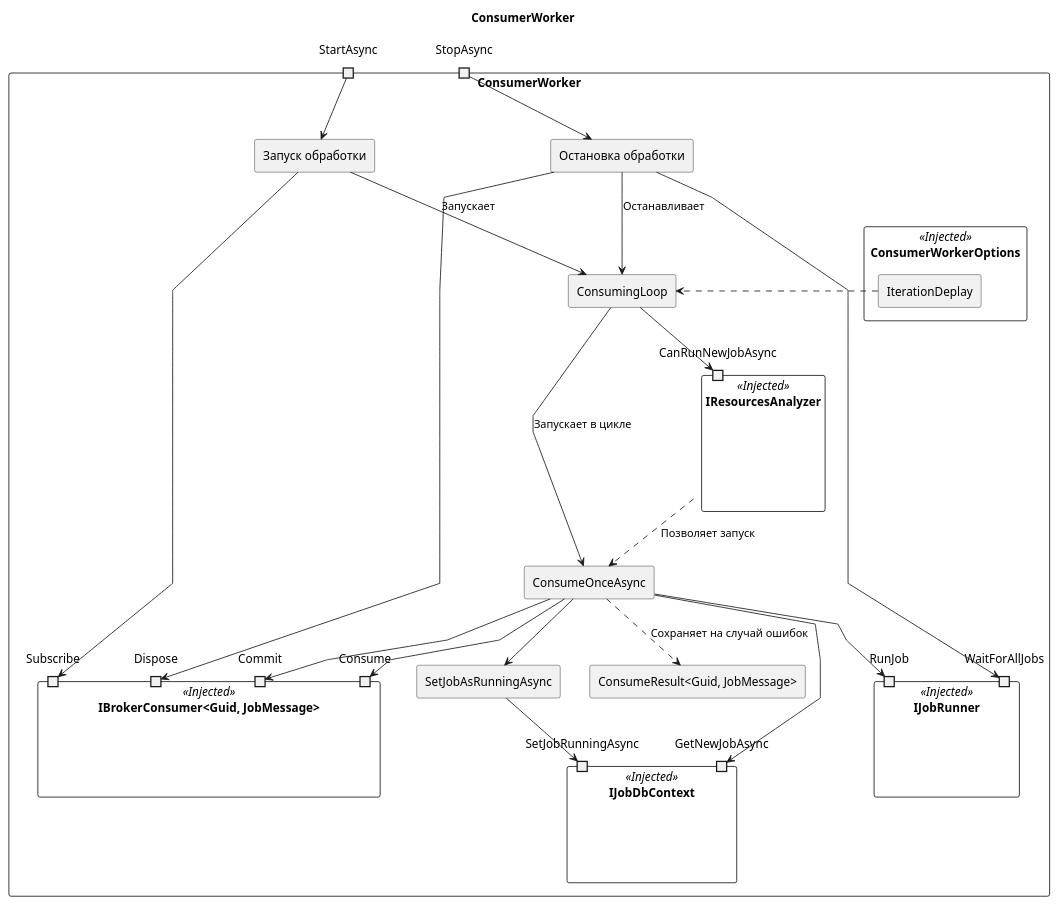
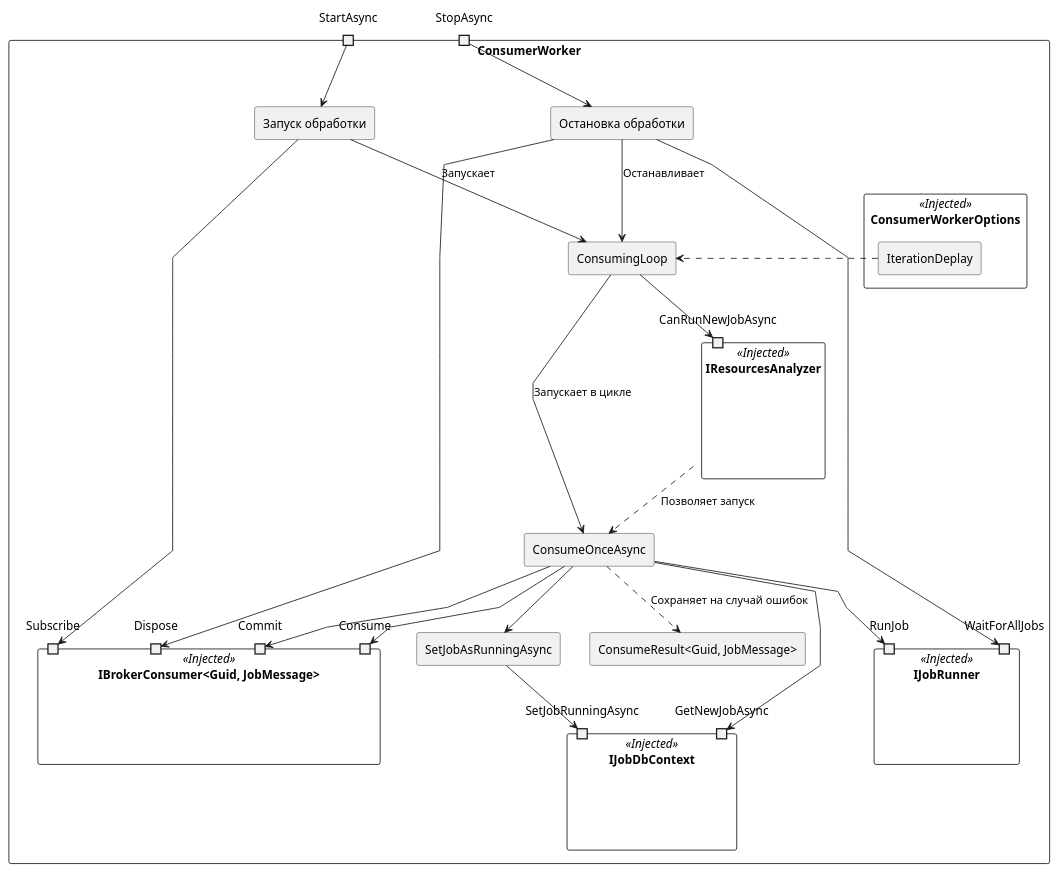
One commit to mrypdm/JobSystem changed the first of 7 diagrams in docs/diagrams/structure/Job.Worker.puml. Above: the diagram before and after it, drawn with PlantUML. The commit also changed other lines of this file and 8 other files, not shown here.

```diff
--- a/docs/diagrams/structure/Job.Worker.puml
+++ b/docs/diagrams/structure/Job.Worker.puml
@@ -1,72 +1,70 @@
 @startuml ConsumerWorker
 skinparam componentStyle rectangle
 skinparam linetype polyline
-
-title ConsumerWorker
 
 component ConsumerWorker {
     component "IBrokerConsumer<Guid, JobMessage>" << Injected >> as consumer {
         portin Subscribe
         portin Dispose
         portin Commit
         portin Consume
     }
 
     component IJobRunner << Injected >> as runner {
         portin RunJob
         portin WaitForAllJobs
     }
 
     component IResourcesAnalyzer << Injected >> as resourceAnalyzer {
         portin CanRunNewJobAsync
     }
 
     component IJobDbContext << Injected >> as jobDbContext {
         portin GetNewJobAsync
         portin SetJobRunningAsync
     }
 
     component ConsumerWorkerOptions  << Injected >> {
         [IterationDeplay]
     }
 
     [ConsumeResult<Guid, JobMessage>] as lastConsumed
 
     portin StartAsync
     [Запуск обработки] as startLoop
 
     portin StopAsync
     [Остановка обработки] as stopLoop
 
     [ConsumingLoop]
 
     [ConsumeOnceAsync]
 
     [SetJobAsRunningAsync]
 
     StartAsync --> startLoop
     startLoop --> ConsumingLoop : Запускает
     startLoop --> Subscribe
 
     StopAsync --> stopLoop
     stopLoop --> ConsumingLoop : Останавливает
     stopLoop --> Dispose
     stopLoop --> WaitForAllJobs
 
     ConsumingLoop --> ConsumeOnceAsync : Запускает в цикле
     ConsumingLoop --> CanRunNewJobAsync
     resourceAnalyzer ..> ConsumeOnceAsync : Позволяет запуск
     IterationDeplay .> ConsumingLoop
 
 
     ConsumeOnceAsync --> Consume
     ConsumeOnceAsync ..> lastConsumed : Cохраняет на случай ошибок
     ConsumeOnceAsync --> GetNewJobAsync
     ConsumeOnceAsync --> Commit
     ConsumeOnceAsync --> RunJob
     ConsumeOnceAsync --> SetJobAsRunningAsync
     SetJobAsRunningAsync --> SetJobRunningAsync
 
 }
 
 @enduml
```
